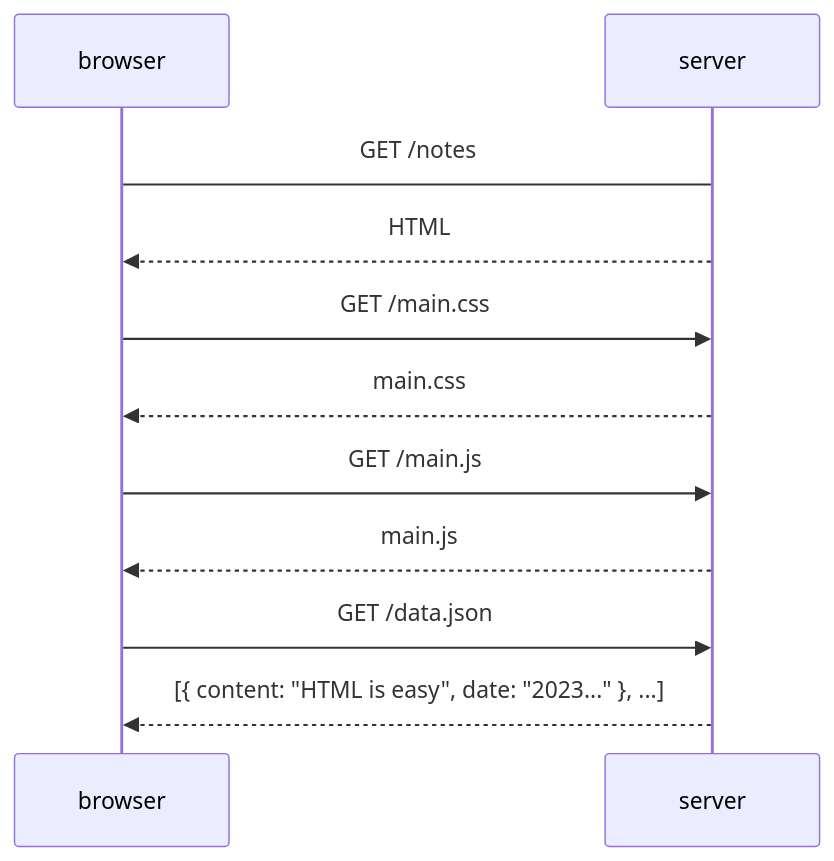
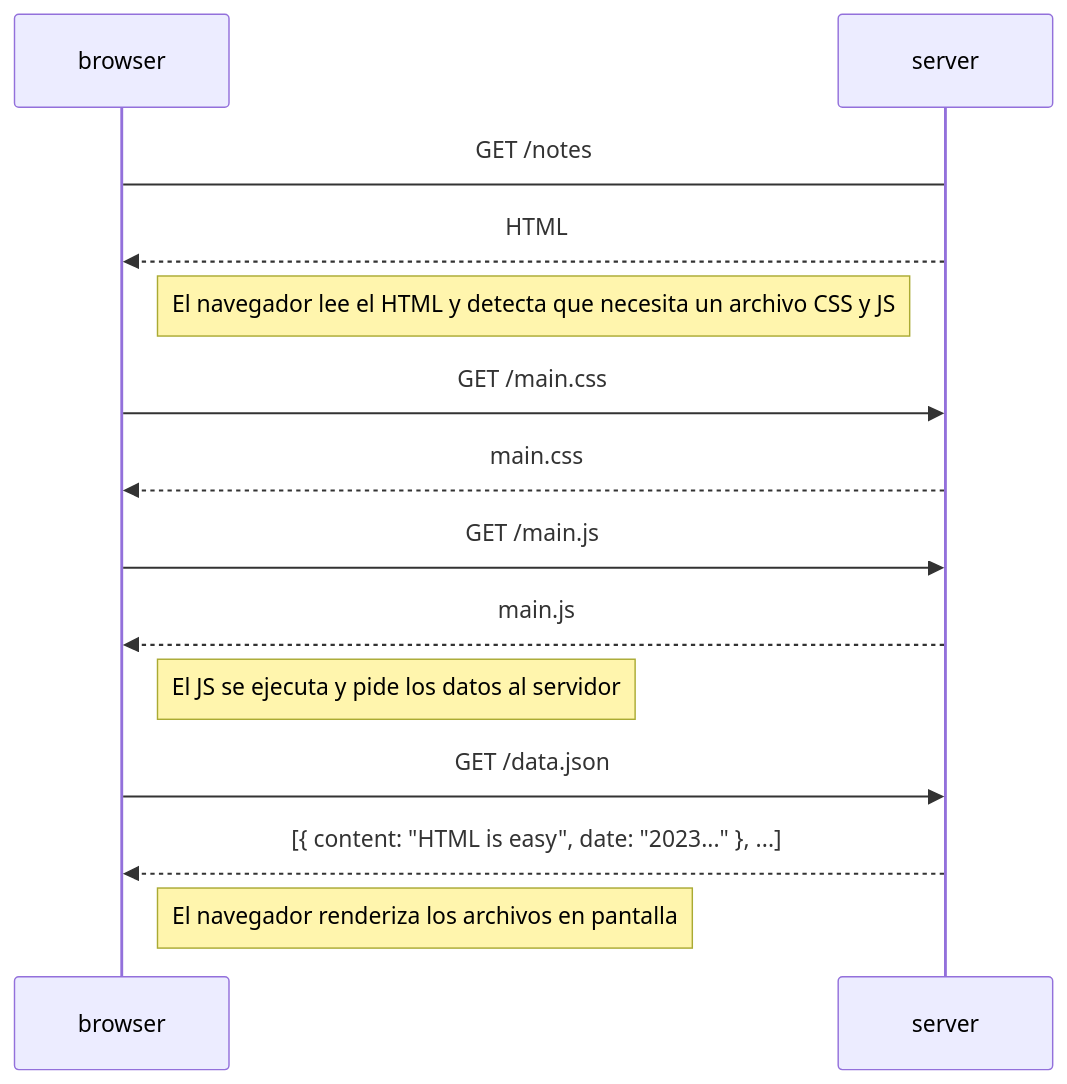
One commit to JoseCastellanoo/FullStackOpen changed the diagram in Part0/0.4.md. Above: the diagram before and after it, drawn with Mermaid.

Commit message:
Enhance documentation with browser action notes
Added notes to explain the browser's actions during the loading process.

````diff
--- a/Part0/0.4.md
+++ b/Part0/0.4.md
@@ -2,17 +2,23 @@
 ```mermaid
 sequenceDiagram
   participant browser
   participant server
 
   browser->server: GET /notes
   server-->>browser: HTML
 
+  Note right of browser: El navegador lee el HTML y detecta que necesita un archivo CSS y JS
+
   browser->>server: GET /main.css
   server-->>browser: main.css
 
   browser->>server: GET /main.js
   server-->>browser: main.js
 
+  Note right of browser: El JS se ejecuta y pide los datos al servidor
+
   browser->>server: GET /data.json
   server-->>browser: [{ content: "HTML is easy", date: "2023..." }, ...]
+
+  Note right of browser: El navegador renderiza los archivos en pantalla
 ```
````
